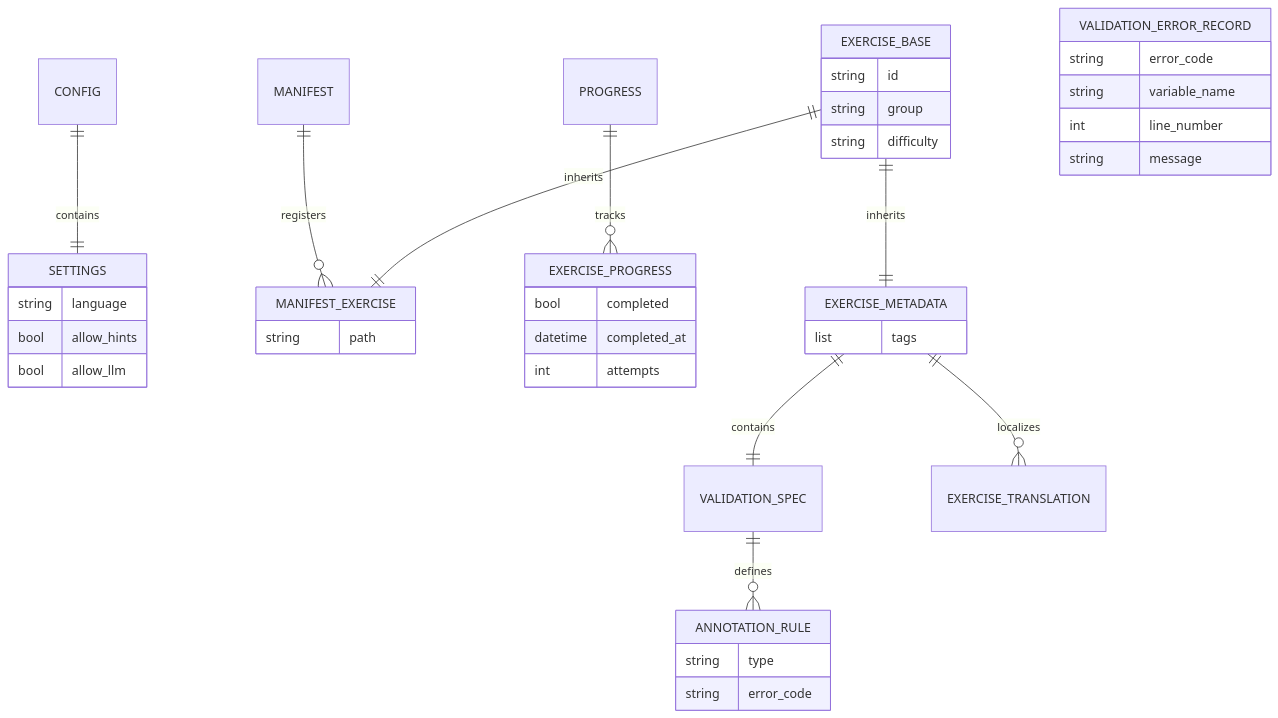
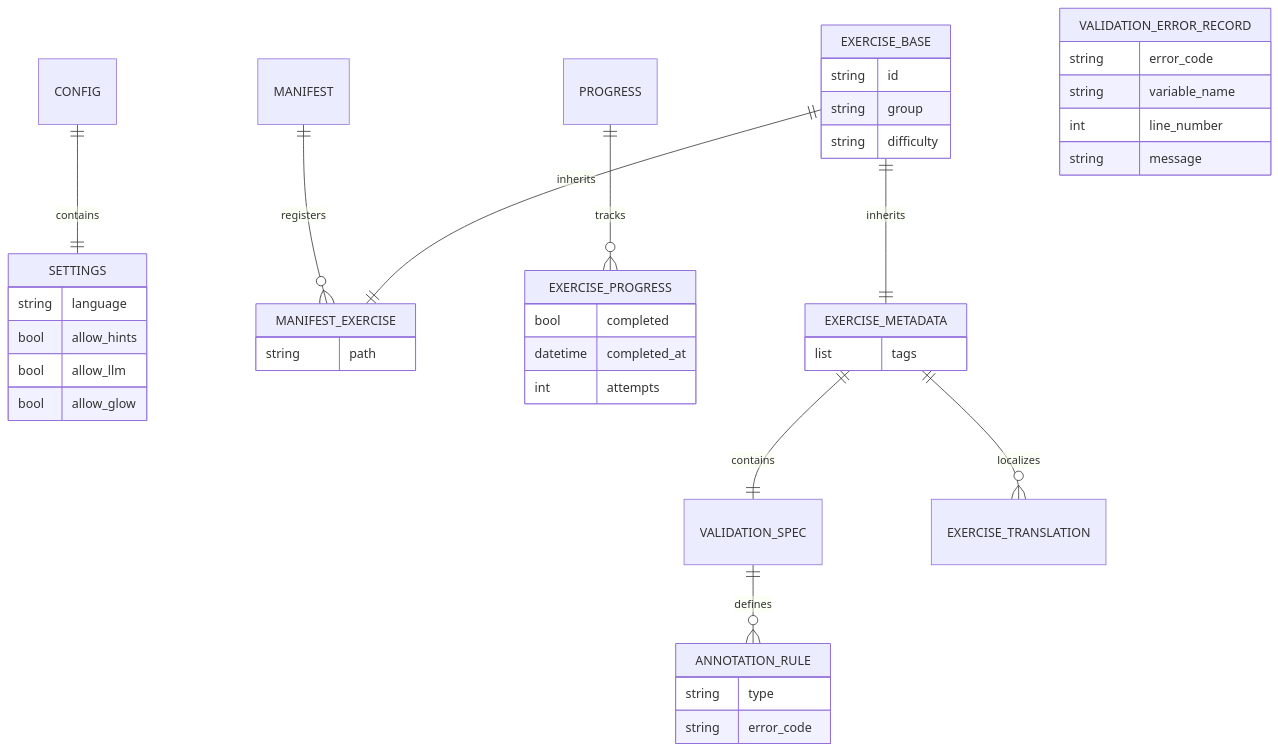
One commit to kiskaadee/type-hints changed the first of 2 diagrams in src/revex/docs/models.md. Above: the diagram before and after it, drawn with Mermaid. The commit also changed 2 other files, not shown here.

Commit message:
feat(config): add allow_glow setting and document model fields
This commit introduces a new configuration setting to explicitly enable or
disable the `glow` terminal markdown renderer. It also improves the existing
Pydantic configuration models by adding clear field descriptions.

Major changes:
- feat(models): add `allow_glow` boolean field to the `Settings` model
- docs(models): add descriptive metadata to `allow_hints` and `allow_llm` fields
- docs(models): update the ER diagram in `models.md` to include `allow_glow`
- refactor(services): generalize the usage comment in `services/config.py` to reflect that any parameter can be set, not just language

````diff
--- a/src/revex/docs/models.md
+++ b/src/revex/docs/models.md
@@ -9,52 +9,53 @@
 ```mermaid
 erDiagram
     CONFIG ||--|| SETTINGS : contains
     MANIFEST ||--o{ MANIFEST_EXERCISE : registers
     PROGRESS ||--o{ EXERCISE_PROGRESS : tracks
     
     EXERCISE_BASE ||--|| MANIFEST_EXERCISE : inherits
     EXERCISE_BASE ||--|| EXERCISE_METADATA : inherits
     
     EXERCISE_METADATA ||--|| VALIDATION_SPEC : contains
     EXERCISE_METADATA ||--o{ EXERCISE_TRANSLATION : localizes
     
     VALIDATION_SPEC ||--o{ ANNOTATION_RULE : defines
 
     EXERCISE_BASE {
         string id
         string group
         string difficulty
     }
 
     MANIFEST_EXERCISE {
         string path
     }
 
     EXERCISE_METADATA {
         list tags
     }
 
     ANNOTATION_RULE {
         string type
         string error_code
     }
 
     EXERCISE_PROGRESS {
         bool completed
         datetime completed_at
         int attempts
     }
 
     VALIDATION_ERROR_RECORD {
         string error_code
         string variable_name
         int line_number
         string message
     }
 
     SETTINGS {
         string language
         bool allow_hints
         bool allow_llm
+        bool allow_glow
     }
 ```
````
